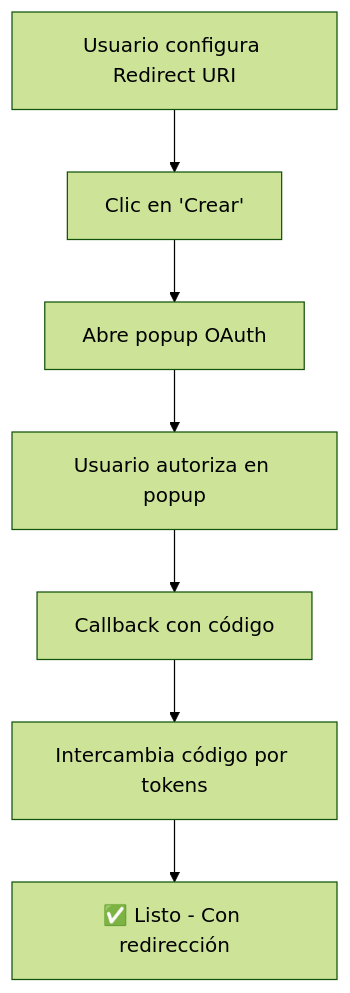
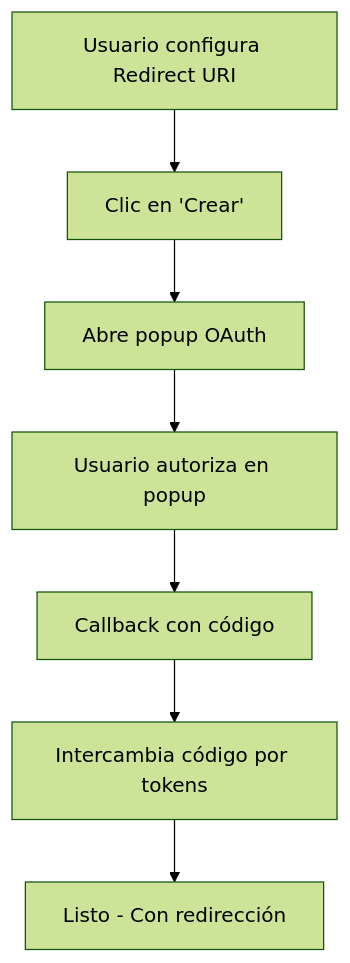
One commit to aghabrego/docucenter-public changed the second of 2 diagrams in docs/technical/zoho-direct-code-implementation.md. Above: the diagram before and after it, drawn with Mermaid (forest theme). The commit also changed other lines of this file and 1685 other files, not shown here.

````diff
--- a/docs/technical/zoho-direct-code-implementation.md
+++ b/docs/technical/zoho-direct-code-implementation.md
@@ -172,9 +172,9 @@
 ```mermaid
 graph TD
     A[Usuario configura Redirect URI] --> B[Clic en 'Crear']
     B --> C[Abre popup OAuth]
     C --> D[Usuario autoriza en popup]
     D --> E[Callback con código]
     E --> F[Intercambia código por tokens]
-    F --> G[✅ Listo - Con redirección]
+    F --> G[Listo - Con redirección]
 ```
````
